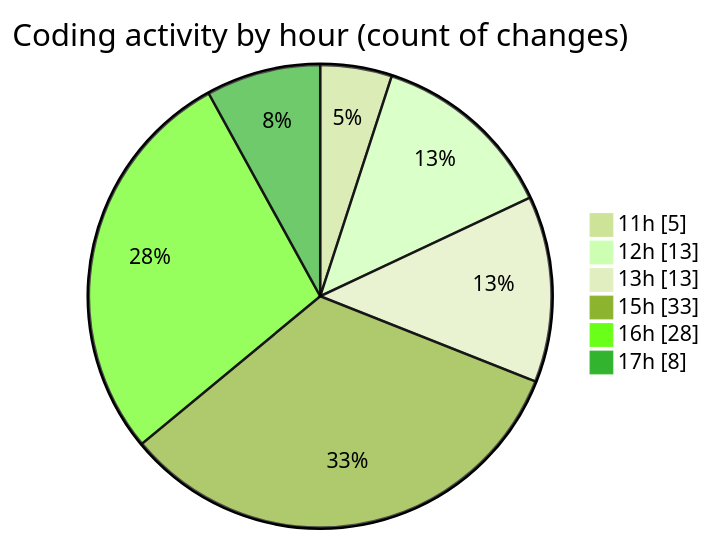
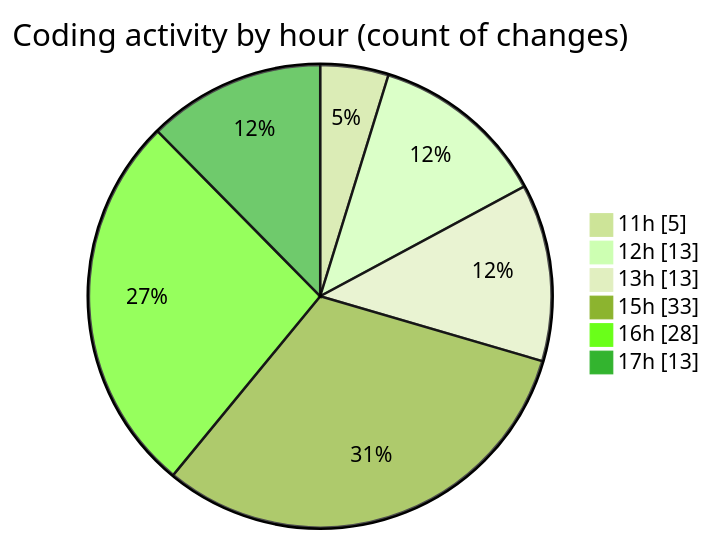
One commit to nxtqubesakshisongat/code-tracking changed the second of 2 diagrams in 2025-08-06/nxtqube_webapp/README.md. Above: the diagram before and after it, drawn with Mermaid (forest theme). The commit also changed other lines of this file and 1 other file, not shown here.

````diff
--- a/2025-08-06/nxtqube_webapp/README.md
+++ b/2025-08-06/nxtqube_webapp/README.md
@@ -41,10 +41,10 @@
 ```mermaid
 pie showData
 title Coding activity by hour (count of changes)
 "11h" : 5
 "12h" : 13
 "13h" : 13
 "15h" : 33
 "16h" : 28
-"17h" : 8
+"17h" : 13
 ```
````
